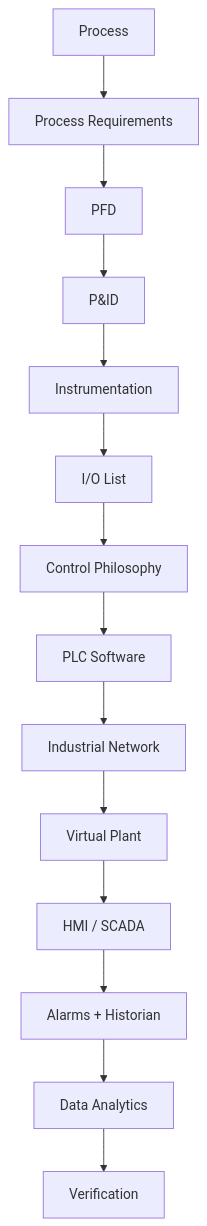
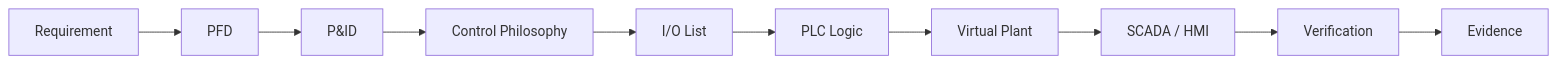
One commit to robotjaol/pfd-pnid-plc changed the first of 9 diagrams in README.md. Above: the diagram before and after it, drawn with Mermaid. The commit also changed other lines of this file and 35 other files, not shown here.

````diff
--- a/README.md
+++ b/README.md
@@ -99,16 +98,12 @@
 ```mermaid
-flowchart TD
-    A[Process] --> B[Process Requirements]
-    B --> C[PFD]
-    C --> D[P&ID]
-    D --> E[Instrumentation]
-    E --> F[I/O List]
-    F --> G[Control Philosophy]
-    G --> H[PLC Software]
-    H --> I[Industrial Network]
-    I --> J[Virtual Plant]
-    J --> K[HMI / SCADA]
-    K --> L[Alarms + Historian]
-    L --> M[Data Analytics]
-    M --> N[Verification]
+flowchart LR
+    A[Requirement] --> B[PFD]
+    B --> C[P&ID]
+    C --> D[Control Philosophy]
+    D --> E[I/O List]
+    E --> F[PLC Logic]
+    F --> G[Virtual Plant]
+    G --> H[SCADA / HMI]
+    H --> I[Verification]
+    I --> J[Evidence]
 ```
````
